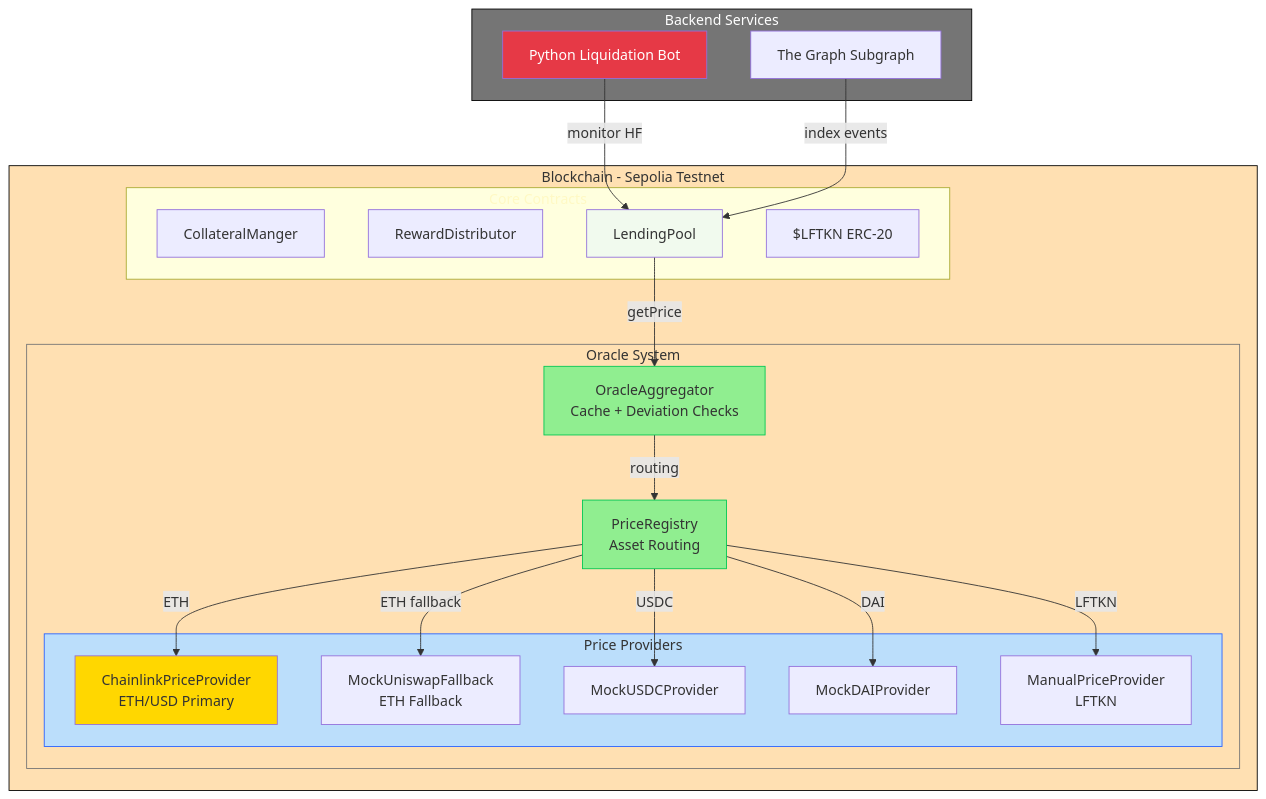
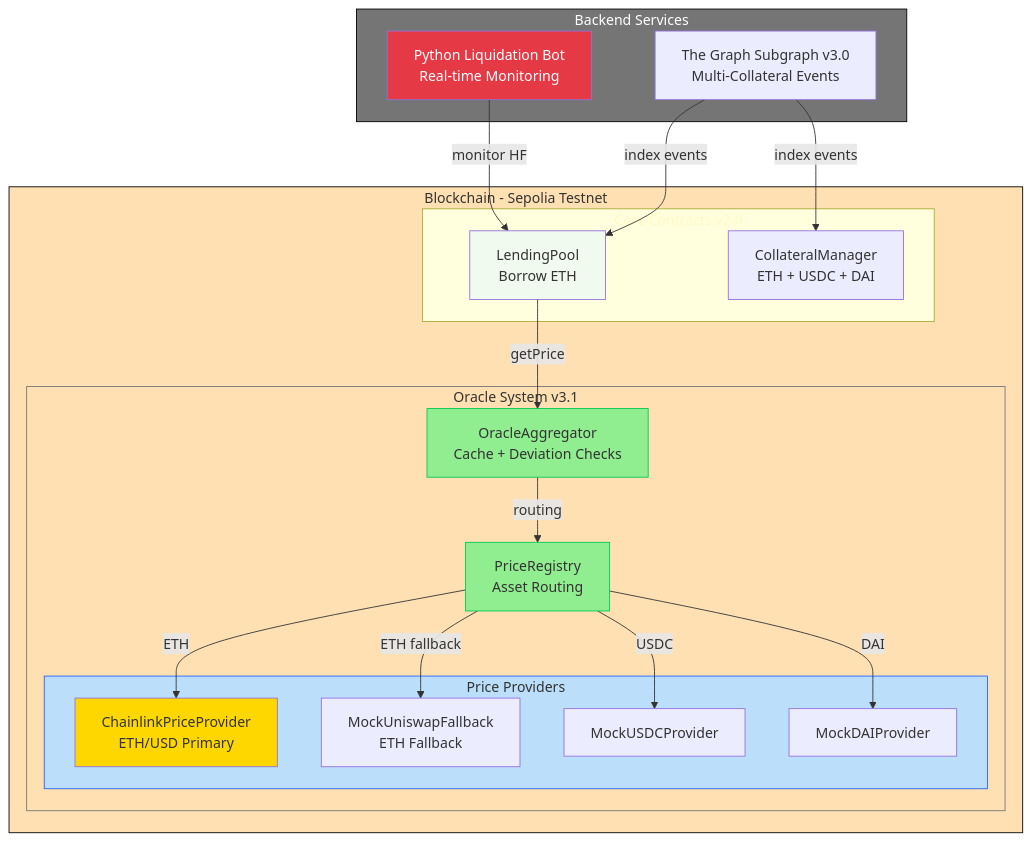
Before and after one commit to astierfe/LendForge: the diagram in README.md, drawn with Mermaid. The commit also changed other lines of this file and 50 other files, not shown here.

````diff
--- a/README.md
+++ b/README.md
@@ -21,48 +21,45 @@
 ```mermaid
 flowchart TB
- subgraph subGraph0["Core Contracts"]
-        COLL["CollateralManger"]
-        REWARD["RewardDistributor"]
-        POOL["LendingPool"]
-        TOKEN["$LFTKN ERC-20"]
+ subgraph subGraph0["Core Contracts v2.0"]
+        COLL["CollateralManager<br>ETH + USDC + DAI"]
+        POOL["LendingPool<br>Borrow ETH"]
   end
  subgraph subGraph1["Price Providers"]
         CL["ChainlinkPriceProvider<br>ETH/USD Primary"]
         UNI["MockUniswapFallback<br>ETH Fallback"]
         USDC["MockUSDCProvider"]
         DAI["MockDAIProvider"]
-        MANUAL["ManualPriceProvider<br>LFTKN"]
   end
- subgraph subGraph2["Oracle System"]
+ subgraph subGraph2["Oracle System v3.1"]
         AGG["OracleAggregator<br>Cache + Deviation Checks"]
         REG["PriceRegistry<br>Asset Routing"]
         subGraph1
   end
  subgraph subGraph3["Blockchain - Sepolia Testnet"]
         subGraph0
         subGraph2
   end
  subgraph subGraph4["Backend Services"]
-        BOT["Python Liquidation Bot"]
-        GRAPH["The Graph Subgraph"]
+        BOT["Python Liquidation Bot<br>Real-time Monitoring"]
+        GRAPH["The Graph Subgraph v3.0<br>Multi-Collateral Events"]
   end
     POOL -- getPrice --> AGG
     AGG -- routing --> REG
     REG -- ETH --> CL
     REG -- ETH fallback --> UNI
     REG -- USDC --> USDC
     REG -- DAI --> DAI
-    REG -- LFTKN --> MANUAL
     BOT -- monitor HF --> POOL
     GRAPH -- index events --> POOL
+    GRAPH -- index events --> COLL
     style POOL fill:#f1faee
     style CL fill:#FFD700
     style AGG fill:#90EE90,stroke:#00C853
     style REG fill:#90EE90,stroke:#00C853
     style subGraph1 fill:#BBDEFB,stroke:#2962FF
     style subGraph0 color:#FFF9C4
     style subGraph2 fill:#FFE0B2,stroke:#757575
     style BOT fill:#e63946,color:#FFFFFF
     style subGraph3 stroke:#000000,fill:#FFE0B2
     style subGraph4 fill:#757575,color:#FFFFFF,stroke:#000000
 ```
````
